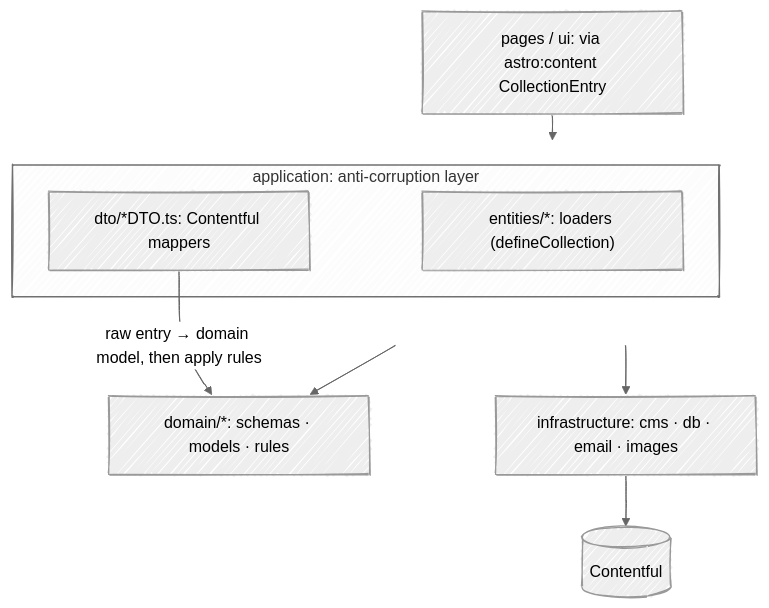
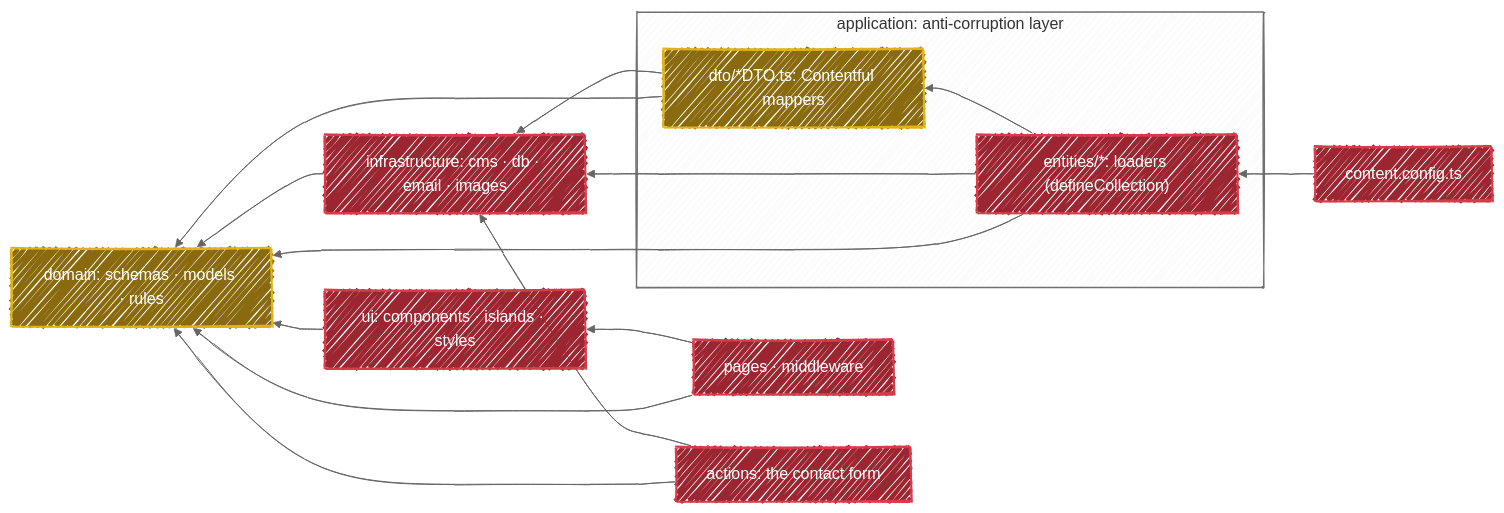
Before and after one commit to fbuireu/biancafiore: the diagram in docs/adr/0012-pragmatic-ddd-domain-layer-anti-corruption-layer.md, drawn with Mermaid. The commit also changed other lines of this file and 4 other files, not shown here.

````diff
--- a/docs/adr/0012-pragmatic-ddd-domain-layer-anti-corruption-layer.md
+++ b/docs/adr/0012-pragmatic-ddd-domain-layer-anti-corruption-layer.md
@@ -42,17 +42,29 @@
 ```mermaid
 ---
 config:
   look: handDrawn
   theme: neutral
 ---
-flowchart TD
-    UI["pages / ui: via astro:content CollectionEntry"] --> APP
-    subgraph APP["application: anti-corruption layer"]
-      L["entities/*: loaders (defineCollection)"]
-      M["dto/*DTO.ts: Contentful mappers"]
+flowchart RL
+    subgraph application["application: anti-corruption layer"]
+        loaders["entities/*: loaders (defineCollection)"]
+        dto["dto/*DTO.ts: Contentful mappers"]
     end
-    APP --> DOM["domain/*: schemas · models · rules"]
-    APP --> INFRA["infrastructure: cms · db · email · images"]
-    INFRA --> CMS[("Contentful")]
-    M -- "raw entry → domain model, then apply rules" --> DOM
+    pages["pages · middleware"] --> ui["ui: components · islands · styles"]
+    pages --> domain["domain: schemas · models · rules"]
+    ui --> domain
+    actions["actions: the contact form"] --> infrastructure["infrastructure: cms · db · email · images"]
+    actions --> domain
+    config["content.config.ts"] --> loaders
+    loaders --> dto
+    loaders --> infrastructure
+    loaders --> domain
+    dto --> infrastructure
+    dto --> domain
+    infrastructure --> domain
+
+    classDef pure fill:#8a6a0f,stroke:#dfb317,stroke-width:2px,color:#fff
+    classDef shell fill:#9b2530,stroke:#d73a49,stroke-width:2px,color:#fff
+    class domain,dto pure
+    class infrastructure,loaders,actions,pages,ui,config shell
 ```
````
